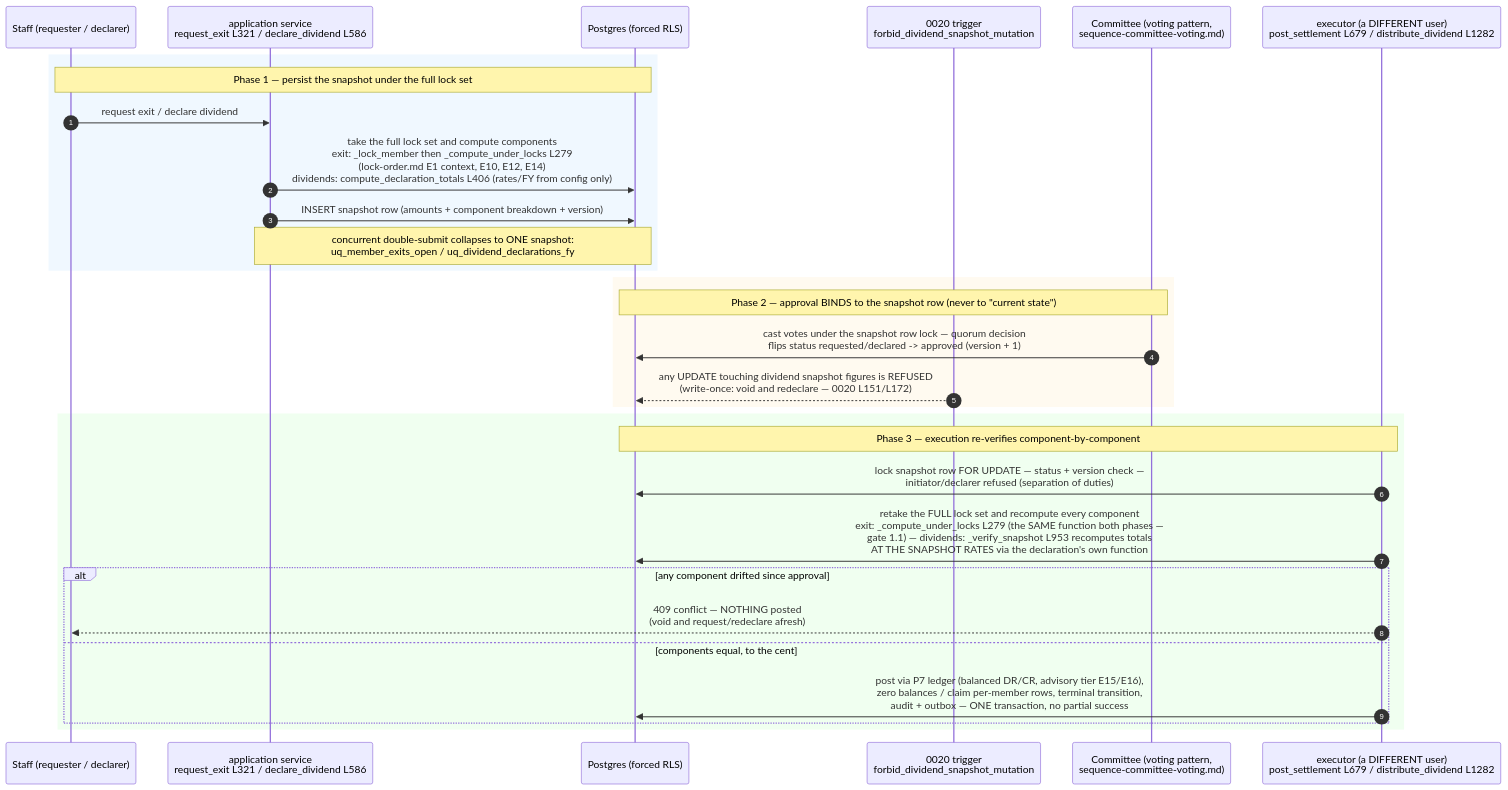
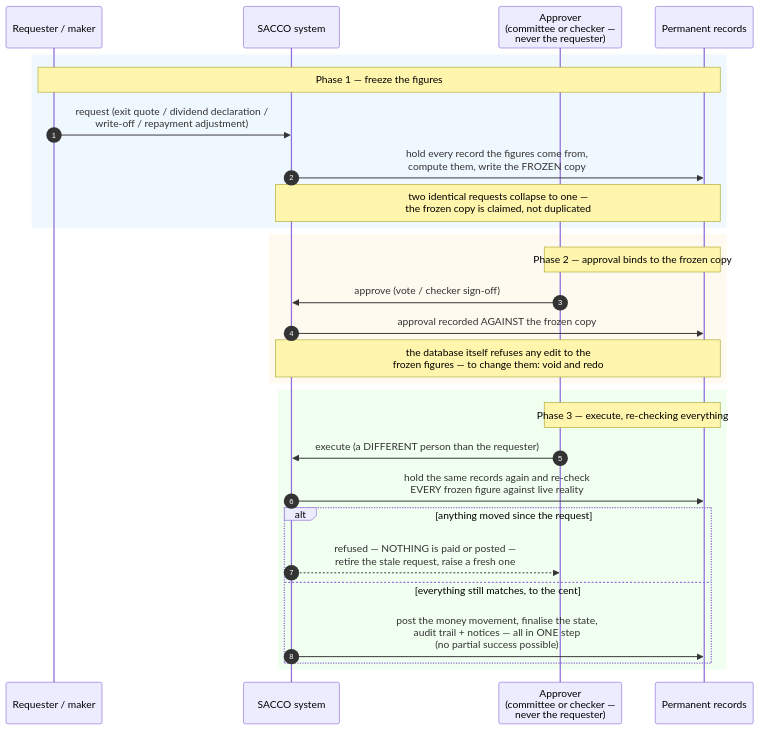
One commit to Benson-Kim/genesis-sacco changed the diagram in docs/diagrams/sequence-snapshot-bind-reverify.md. Above: the diagram before and after it, drawn with Mermaid. The commit also changed other lines of this file and 21 other files, not shown here.

Commit message:
P-DIAG drift reconciliation — as-built diagrams for !46/!47/!51/!52 + business-facing flows (docs-only)

````diff
--- a/docs/diagrams/sequence-snapshot-bind-reverify.md
+++ b/docs/diagrams/sequence-snapshot-bind-reverify.md
@@ -27,35 +51,33 @@
 ```mermaid
 sequenceDiagram
     autonumber
-    participant S as Staff (requester / declarer)
-    participant SVC as application service<br/>request_exit L321 / declare_dividend L586
-    participant PG as Postgres (forced RLS)
-    participant TRG as 0020 trigger<br/>forbid_dividend_snapshot_mutation
-    participant C as Committee (voting pattern,<br/>sequence-committee-voting.md)
-    participant EXE as executor (a DIFFERENT user)<br/>post_settlement L679 / distribute_dividend L1282
+    participant REQ as Requester / maker
+    participant SYS as SACCO system
+    participant APPR as Approver<br/>(committee or checker —<br/>never the requester)
+    participant REC as Permanent records
 
     rect rgb(240,248,255)
-    Note over S,PG: Phase 1 — persist the snapshot under the full lock set
-    S->>SVC: request exit / declare dividend
-    SVC->>PG: take the full lock set and compute components<br/>exit: _lock_member then _compute_under_locks L279<br/>(lock-order.md E1 context, E10, E12, E14)<br/>dividends: compute_declaration_totals L406 (rates/FY from config only)
-    SVC->>PG: INSERT snapshot row (amounts + component breakdown + version)
-    Note over SVC,PG: concurrent double-submit collapses to ONE snapshot:<br/>uq_member_exits_open / uq_dividend_declarations_fy
+    Note over REQ,REC: Phase 1 — freeze the figures
+    REQ->>SYS: request (exit quote / dividend declaration /<br/>write-off / repayment adjustment)
+    SYS->>REC: hold every record the figures come from,<br/>compute them, write the FROZEN copy
+    Note over SYS,REC: two identical requests collapse to one —<br/>the frozen copy is claimed, not duplicated
     end
 
     rect rgb(255,250,240)
-    Note over C,PG: Phase 2 — approval BINDS to the snapshot row (never to "current state")
-    C->>PG: cast votes under the snapshot row lock — quorum decision<br/>flips status requested/declared -> approved (version + 1)
-    TRG-->>PG: any UPDATE touching dividend snapshot figures is REFUSED<br/>(write-once: void and redeclare — 0020 L151/L172)
+    Note over APPR,REC: Phase 2 — approval binds to the frozen copy
+    APPR->>SYS: approve (vote / checker sign-off)
+    SYS->>REC: approval recorded AGAINST the frozen copy
+    Note over SYS,REC: the database itself refuses any edit to the<br/>frozen figures — to change them: void and redo
     end
 
     rect rgb(240,255,240)
-    Note over EXE,PG: Phase 3 — execution re-verifies component-by-component
-    EXE->>PG: lock snapshot row FOR UPDATE — status + version check —<br/>initiator/declarer refused (separation of duties)
-    EXE->>PG: retake the FULL lock set and recompute every component<br/>exit: _compute_under_locks L279 (the SAME function both phases —<br/>gate 1.1) — dividends: _verify_snapshot L953 recomputes totals<br/>AT THE SNAPSHOT RATES via the declaration's own function
-    alt any component drifted since approval
-        EXE-->>S: 409 conflict — NOTHING posted<br/>(void and request/redeclare afresh)
-    else components equal, to the cent
-        EXE->>PG: post via P7 ledger (balanced DR/CR, advisory tier E15/E16),<br/>zero balances / claim per-member rows, terminal transition,<br/>audit + outbox — ONE transaction, no partial success
+    Note over APPR,REC: Phase 3 — execute, re-checking everything
+    APPR->>SYS: execute (a DIFFERENT person than the requester)
+    SYS->>REC: hold the same records again and re-check<br/>EVERY frozen figure against live reality
+    alt anything moved since the request
+        SYS-->>APPR: refused — NOTHING is paid or posted —<br/>retire the stale request, raise a fresh one
+    else everything still matches, to the cent
+        SYS->>REC: post the money movement, finalise the state,<br/>audit trail + notices — all in ONE step<br/>(no partial success possible)
     end
     end
 ```
````
